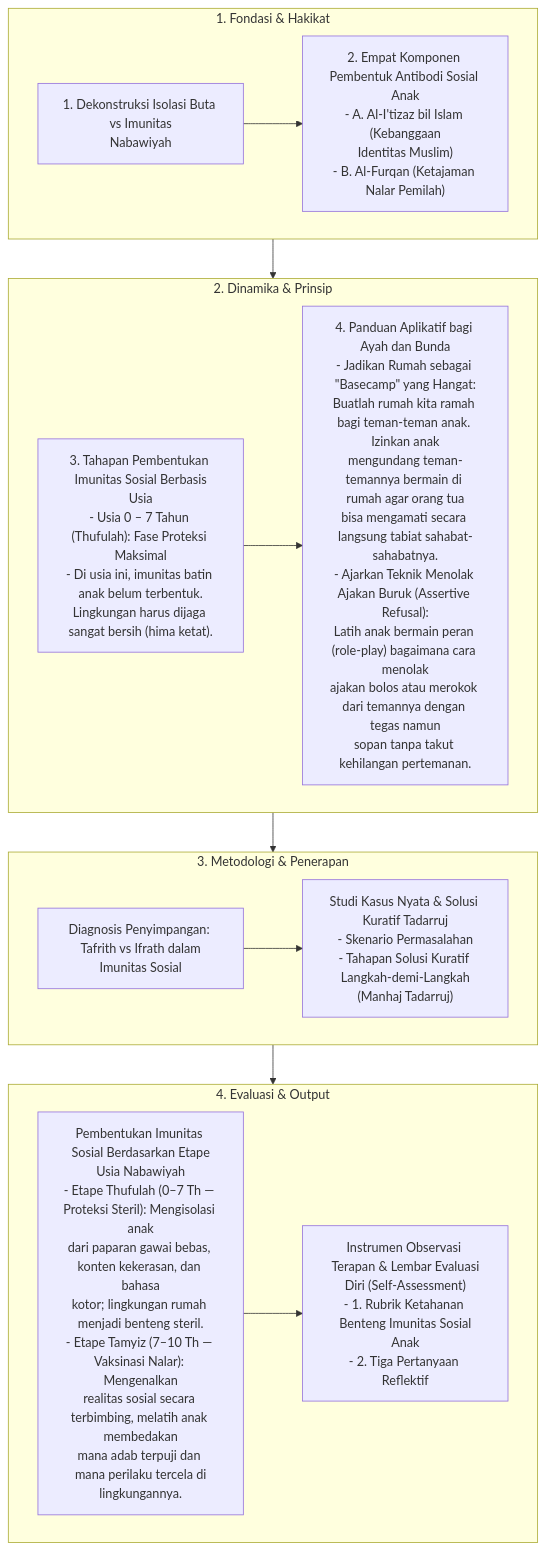
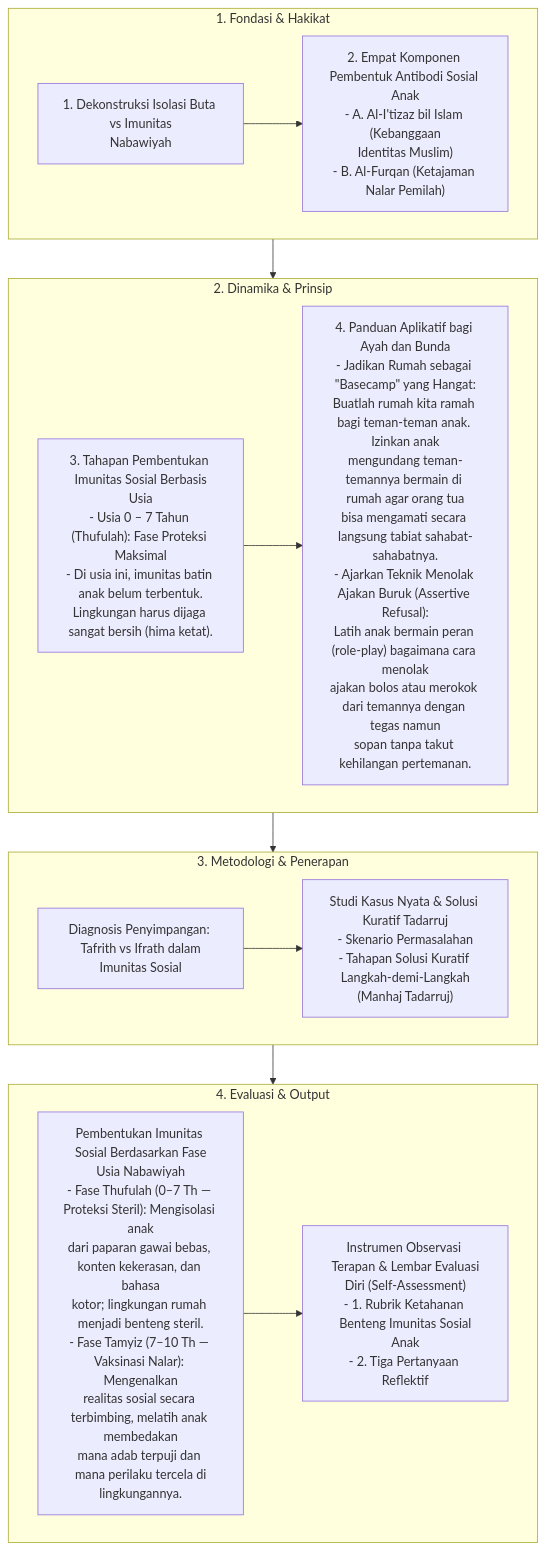
The diagram in content_flow/Dokumen Pendidikan Karakter Nabawiyah/Paradigma & Implementasi/Pendidikan Ideal/Imunitas Sosial.md (decaller/wiki-pkn), drawn with Mermaid before and after one commit. The commit also changed 410 other files, not shown here.

Commit message:
feat: create master Glosarium and purify terminology across repo (etape -> fase, archetype -> uswah)

````diff
--- a/content_flow/Dokumen Pendidikan Karakter Nabawiyah/Paradigma & Implementasi/Pendidikan Ideal/Imunitas Sosial.md
+++ b/content_flow/Dokumen Pendidikan Karakter Nabawiyah/Paradigma & Implementasi/Pendidikan Ideal/Imunitas Sosial.md
@@ -10,30 +10,30 @@
 ```mermaid
 flowchart TD
     subgraph S1["1. Fondasi & Hakikat"]
         N1_1["1. Dekonstruksi Isolasi Buta vs Imunitas<br/>Nabawiyah"]
         N1_2["2. Empat Komponen Pembentuk Antibodi Sosial Anak<br/>- A. Al-I'tizaz bil Islam (Kebanggaan<br/>Identitas Muslim)<br/>- B. Al-Furqan (Ketajaman Nalar Pemilah)"]
         N1_1 --> N1_2
     end
 
     subgraph S2["2. Dinamika & Prinsip"]
         N2_1["3. Tahapan Pembentukan Imunitas Sosial Berbasis<br/>Usia<br/>- Usia 0 – 7 Tahun (Thufulah): Fase Proteksi Maksimal<br/>- Di usia ini, imunitas batin anak belum terbentuk.<br/>Lingkungan harus dijaga sangat bersih (hima ketat)."]
         N2_2["4. Panduan Aplikatif bagi Ayah dan Bunda<br/>- Jadikan Rumah sebagai &quot;Basecamp&quot; yang Hangat:<br/>Buatlah rumah kita ramah bagi teman-teman anak. Izinkan anak<br/>mengundang teman-temannya bermain di rumah agar orang tua<br/>bisa mengamati secara langsung tabiat sahabat-sahabatnya.<br/>- Ajarkan Teknik Menolak Ajakan Buruk (Assertive Refusal):<br/>Latih anak bermain peran (role-play) bagaimana cara menolak<br/>ajakan bolos atau merokok dari temannya dengan tegas namun<br/>sopan tanpa takut kehilangan pertemanan."]
         N2_1 --> N2_2
     end
 
     subgraph S3["3. Metodologi & Penerapan"]
         N3_1["Diagnosis Penyimpangan: Tafrith vs Ifrath dalam<br/>Imunitas Sosial"]
         N3_2["Studi Kasus Nyata & Solusi Kuratif Tadarruj<br/>- Skenario Permasalahan<br/>- Tahapan Solusi Kuratif Langkah-demi-Langkah<br/>(Manhaj Tadarruj)"]
         N3_1 --> N3_2
     end
 
     subgraph S4["4. Evaluasi & Output"]
-        N4_1["Pembentukan Imunitas Sosial Berdasarkan Etape<br/>Usia Nabawiyah<br/>- Etape Thufulah (0–7 Th — Proteksi Steril): Mengisolasi anak<br/>dari paparan gawai bebas, konten kekerasan, dan bahasa<br/>kotor; lingkungan rumah menjadi benteng steril.<br/>- Etape Tamyiz (7–10 Th — Vaksinasi Nalar): Mengenalkan<br/>realitas sosial secara terbimbing, melatih anak membedakan<br/>mana adab terpuji dan mana perilaku tercela di<br/>lingkungannya."]
+        N4_1["Pembentukan Imunitas Sosial Berdasarkan Fase<br/>Usia Nabawiyah<br/>- Fase Thufulah (0–7 Th — Proteksi Steril): Mengisolasi anak<br/>dari paparan gawai bebas, konten kekerasan, dan bahasa<br/>kotor; lingkungan rumah menjadi benteng steril.<br/>- Fase Tamyiz (7–10 Th — Vaksinasi Nalar): Mengenalkan<br/>realitas sosial secara terbimbing, melatih anak membedakan<br/>mana adab terpuji dan mana perilaku tercela di<br/>lingkungannya."]
         N4_2["Instrumen Observasi Terapan & Lembar Evaluasi<br/>Diri (Self-Assessment)<br/>- 1. Rubrik Ketahanan Benteng Imunitas Sosial<br/>Anak<br/>- 2. Tiga Pertanyaan Reflektif"]
         N4_1 --> N4_2
     end
 
     S1 --> S2
     S2 --> S3
     S3 --> S4
 ```
````
